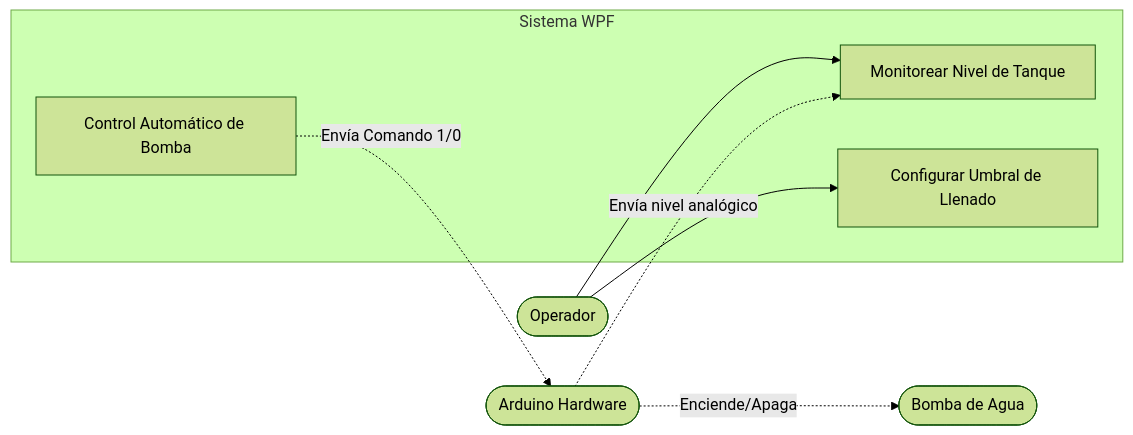
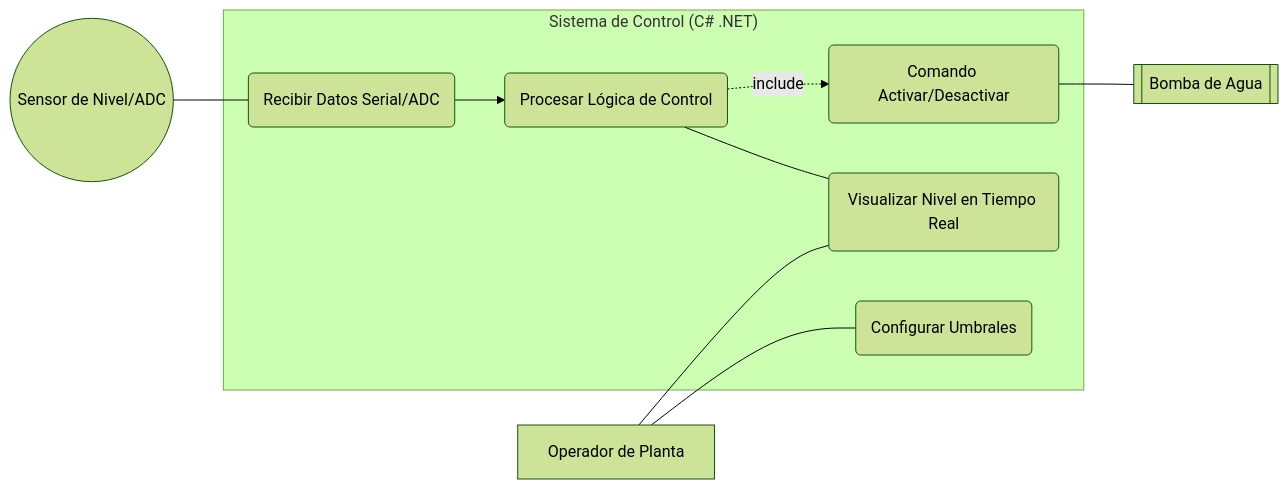
Before and after one commit to RobertoLorenzoAguilar/pump-level-control-wpf: the first of 3 diagrams in README.md, drawn with Mermaid (forest theme). The commit also changed other lines of this file and 7 other files, not shown here.

Commit message:
feat: implement MVVM architecture with SQL logging and serial sensor integration for pump control

````diff
--- a/README.md
+++ b/README.md
@@ -13,18 +18,26 @@
 ```mermaid
-flowchart LR
-    Operador([Operador])
-    Arduino([Arduino Hardware])
-    Bomba([Bomba de Agua])
+graph LR
+    %% Definición de Actores con formas distintas
+    Admin[Operador de Planta]
+    Sensor((Sensor de Nivel/ADC))
+    Actuador[[Bomba de Agua]]
 
-    subgraph WPF [Sistema WPF]
-        UC1[Monitorear Nivel de Tanque]
-        UC2[Configurar Umbral de Llenado]
-        UC3[Control Automático de Bomba]
+    subgraph "Sistema de Control (C# .NET)"
+        UC1(Visualizar Nivel en Tiempo Real)
+        UC2(Configurar Umbrales)
+        UC3(Recibir Datos Serial/ADC)
+        UC4(Procesar Lógica de Control)
+        UC5(Comando Activar/Desactivar)
+        
+        %% Relaciones internas
+        UC3 --> UC4
+        UC4 -.->|include| UC5
+        UC4 --- UC1
     end
 
-    Operador --> UC1
-    Operador --> UC2
-    Arduino -.-> |Envía nivel analógico| UC1
-    UC3 -.-> |Envía Comando 1/0| Arduino
-    Arduino -.-> |Enciende/Apaga| Bomba
+    %% Conexiones con Actores
+    Admin --- UC1
+    Admin --- UC2
+    Sensor --- UC3
+    UC5 --- Actuador
 ```
````
